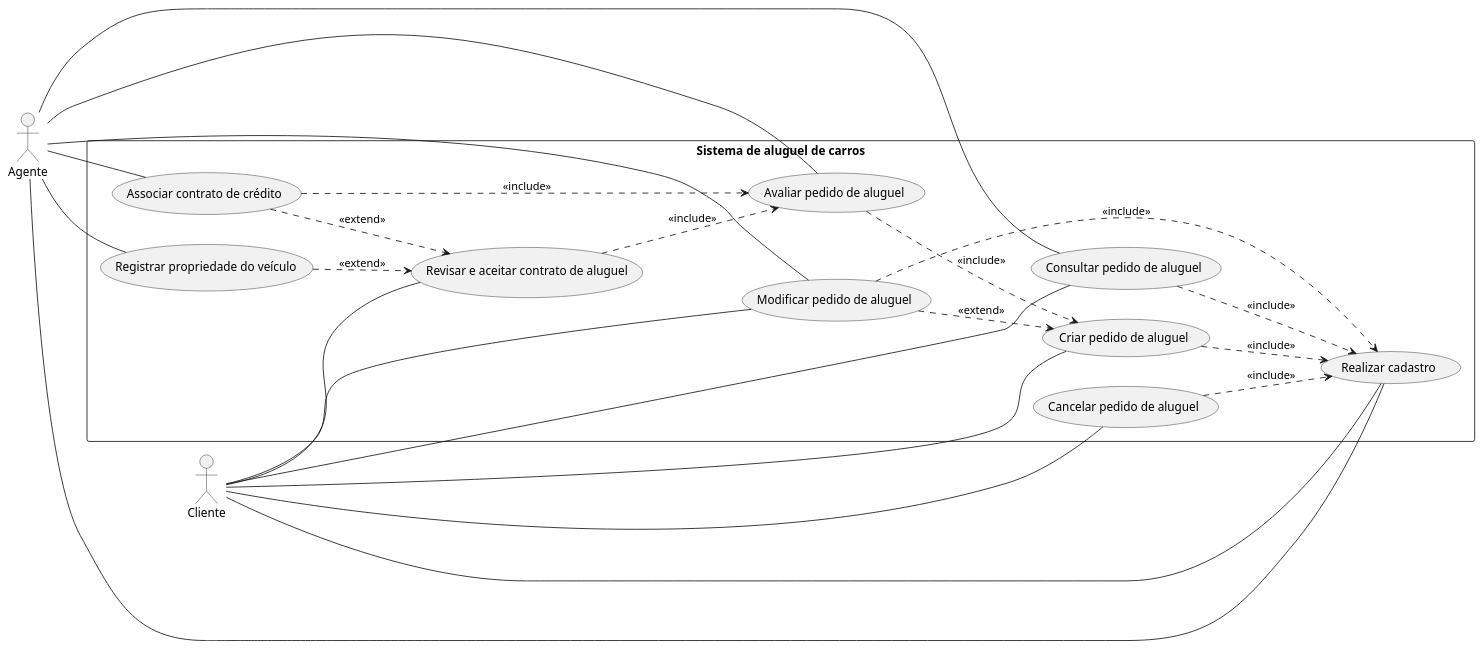
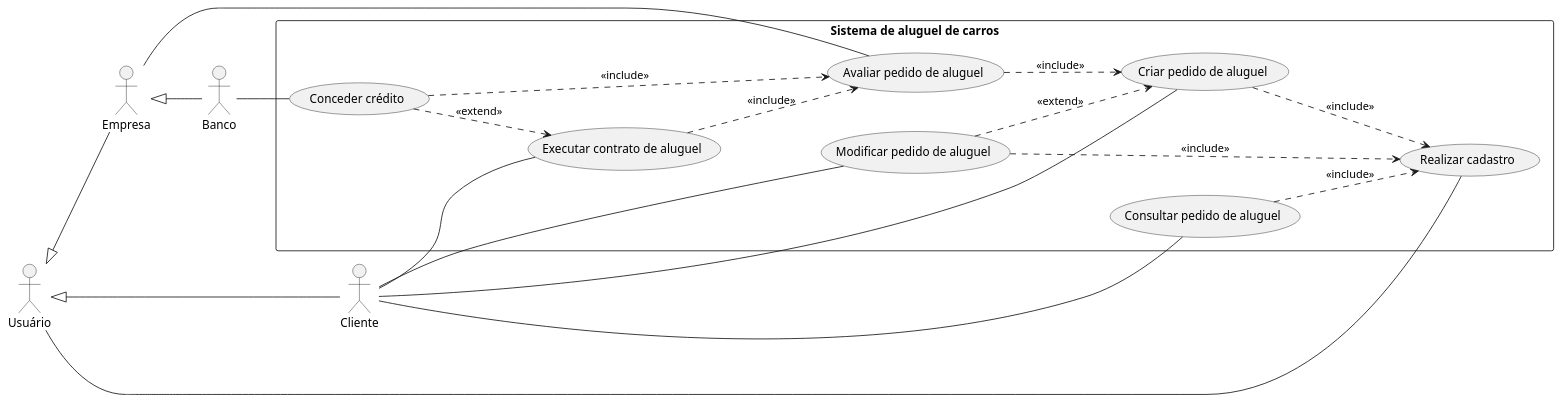
The diagram in projeto/diagrama_de_casos_de_uso.puml (software-engineering-graduation/sistema_aluguel_carros-lds2024), drawn with PlantUML before and after one commit.

```diff
--- a/projeto/diagrama_de_casos_de_uso.puml
+++ b/projeto/diagrama_de_casos_de_uso.puml
@@ -1,47 +1,43 @@
 @startuml Diagrama de Casos de Uso
 left to right direction
 
+actor "Usuário" as usuario
 actor "Cliente" as cliente
-actor "Agente" as agente /' Empresas e Bancos '/
+actor "Empresa" as empresa
+actor "Banco" as banco
 
 rectangle "Sistema de aluguel de carros" {
     usecase "Realizar cadastro" as uc_cadastro
-    
     usecase "Criar pedido de aluguel" as uc_criar_pedido
     usecase "Modificar pedido de aluguel" as uc_modificar_pedido
     usecase "Consultar pedido de aluguel" as uc_consultar_pedido
-    usecase "Cancelar pedido de aluguel" as uc_cancelar_pedido
-    usecase "Revisar e aceitar contrato de aluguel" as uc_aceitar_contrato
-
     usecase "Avaliar pedido de aluguel" as uc_avaliar_pedido
-    usecase "Registrar propriedade do veículo" as uc_registrar_propriedade
-    usecase "Associar contrato de crédito" as uc_associar_credito
+    usecase "Executar contrato de aluguel" as uc_executar_contrato
+    usecase "Conceder crédito" as uc_conceder_credito
 }
 
-cliente -- uc_cadastro
-agente -- uc_cadastro
+usuario <|-- cliente
+usuario <|-- empresa
+empresa <|-- banco
+
+usuario -- uc_cadastro
 
 cliente -- uc_criar_pedido
 cliente -- uc_modificar_pedido
 cliente -- uc_consultar_pedido
-cliente -- uc_cancelar_pedido
-cliente -- uc_aceitar_contrato
+cliente -- uc_executar_contrato
 
-agente -- uc_modificar_pedido
-agente -- uc_avaliar_pedido
-agente -- uc_registrar_propriedade
-agente -- uc_associar_credito
-agente -- uc_consultar_pedido
+empresa -- uc_avaliar_pedido
 
-uc_aceitar_contrato ..> uc_avaliar_pedido : "<<include>>"
+banco -- uc_conceder_credito
+
+uc_executar_contrato ..> uc_avaliar_pedido : "<<include>>"
 uc_avaliar_pedido ..> uc_criar_pedido : "<<include>>"
-uc_associar_credito ..> uc_avaliar_pedido : "<<include>>"
+uc_conceder_credito ..> uc_avaliar_pedido : "<<include>>"
 uc_modificar_pedido ..> uc_cadastro : "<<include>>"
 uc_consultar_pedido ..> uc_cadastro : "<<include>>"
-uc_cancelar_pedido ..> uc_cadastro : "<<include>>"
 uc_criar_pedido ..> uc_cadastro : "<<include>>"
 
 uc_modificar_pedido ..> uc_criar_pedido : "<<extend>>"
-uc_registrar_propriedade ..> uc_aceitar_contrato : "<<extend>>"
-uc_associar_credito ..> uc_aceitar_contrato : "<<extend>>"
+uc_conceder_credito ..> uc_executar_contrato : "<<extend>>"
 @enduml
```
